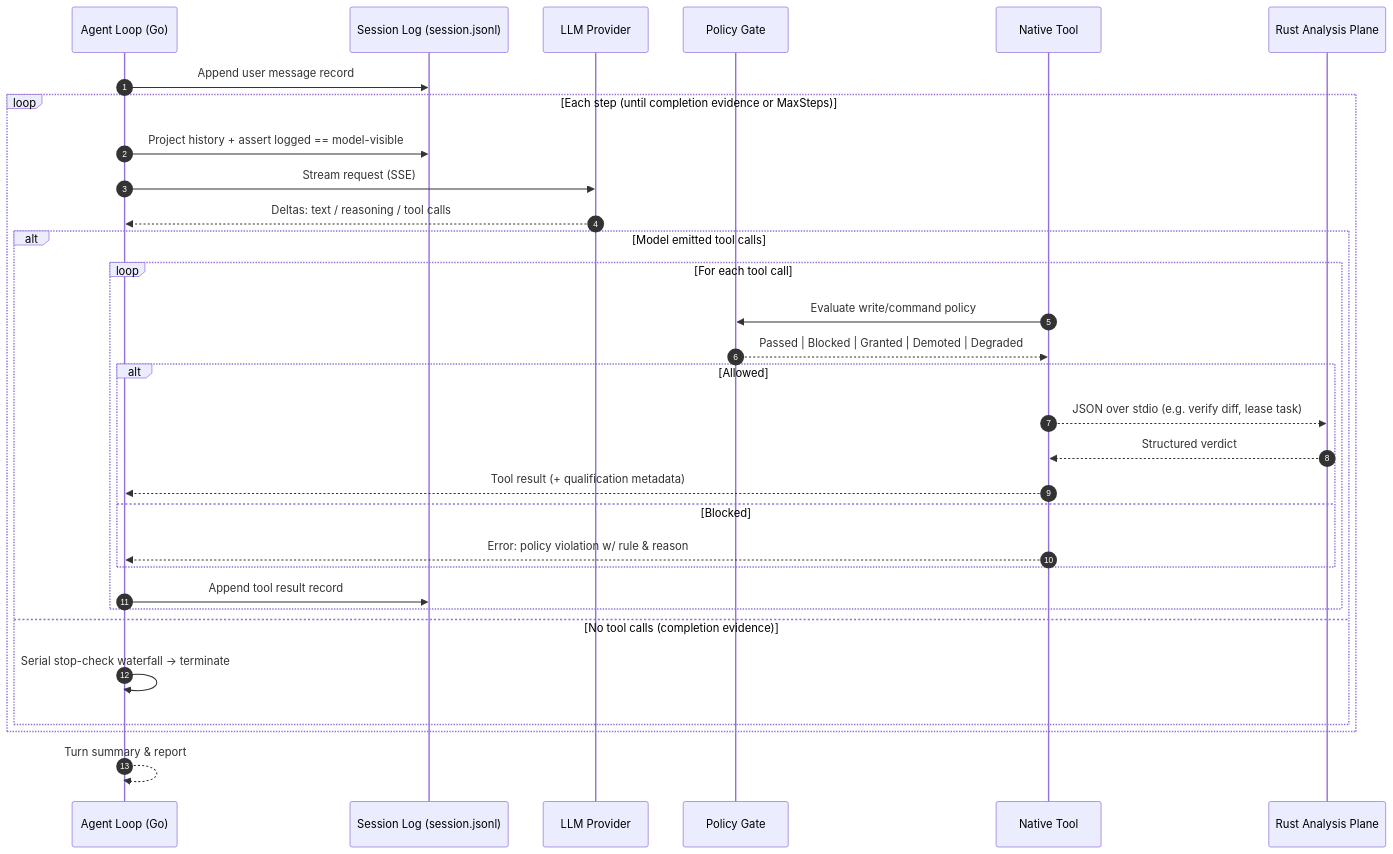
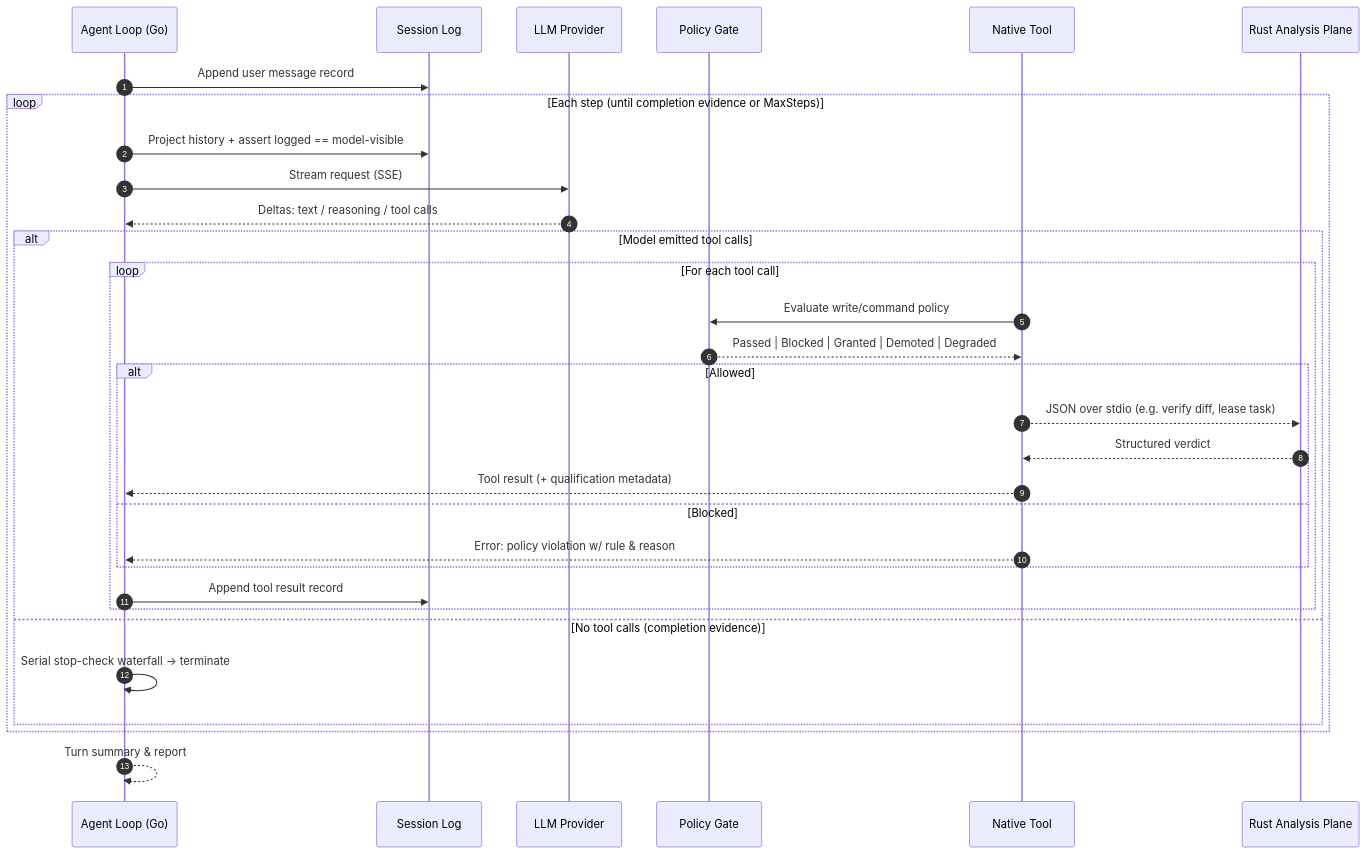
Before and after one commit to bharathvbcr/Manvi: the second of 9 diagrams in README.md, drawn with Mermaid. The commit also changed other lines of this file and 58 other files, not shown here.

````diff
--- a/README.md
+++ b/README.md
@@ -114,34 +114,34 @@
 ```mermaid
 sequenceDiagram
     autonumber
     participant AL as Agent Loop (Go)
-    participant Log as Session Log (session.jsonl)
+    participant Log as Session Log
     participant Provider as LLM Provider
     participant Gate as Policy Gate
     participant Tool as Native Tool
     participant Rust as Rust Analysis Plane
 
     AL->>Log: Append user message record
     loop Each step (until completion evidence or MaxSteps)
         AL->>Log: Project history + assert logged == model-visible
         AL->>Provider: Stream request (SSE)
         Provider-->>AL: Deltas: text / reasoning / tool calls
         alt Model emitted tool calls
             loop For each tool call
                 Tool->>Gate: Evaluate write/command policy
                 Gate-->>Tool: Passed | Blocked | Granted | Demoted | Degraded
                 alt Allowed
                     Tool-->>Rust: JSON over stdio (e.g. verify diff, lease task)
                     Rust-->>Tool: Structured verdict
                     Tool-->>AL: Tool result (+ qualification metadata)
                 else Blocked
                     Tool-->>AL: Error: policy violation w/ rule & reason
                 end
                 AL->>Log: Append tool result record
             end
         else No tool calls (completion evidence)
             AL->>AL: Serial stop-check waterfall → terminate
         end
     end
     AL-->>AL: Turn summary & report
 ```
````
